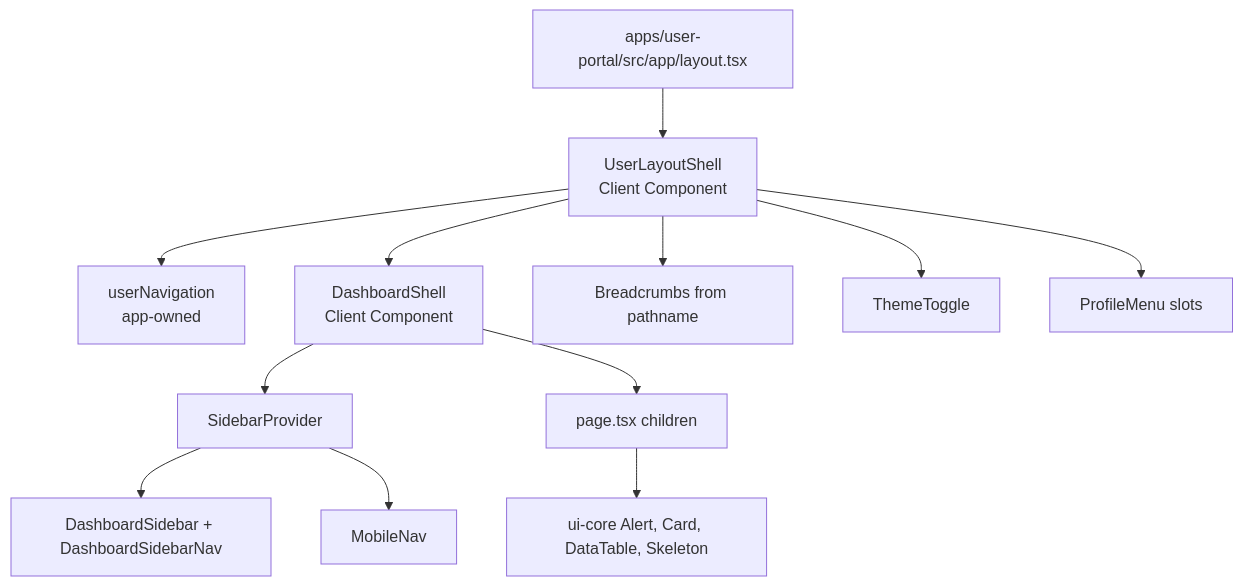
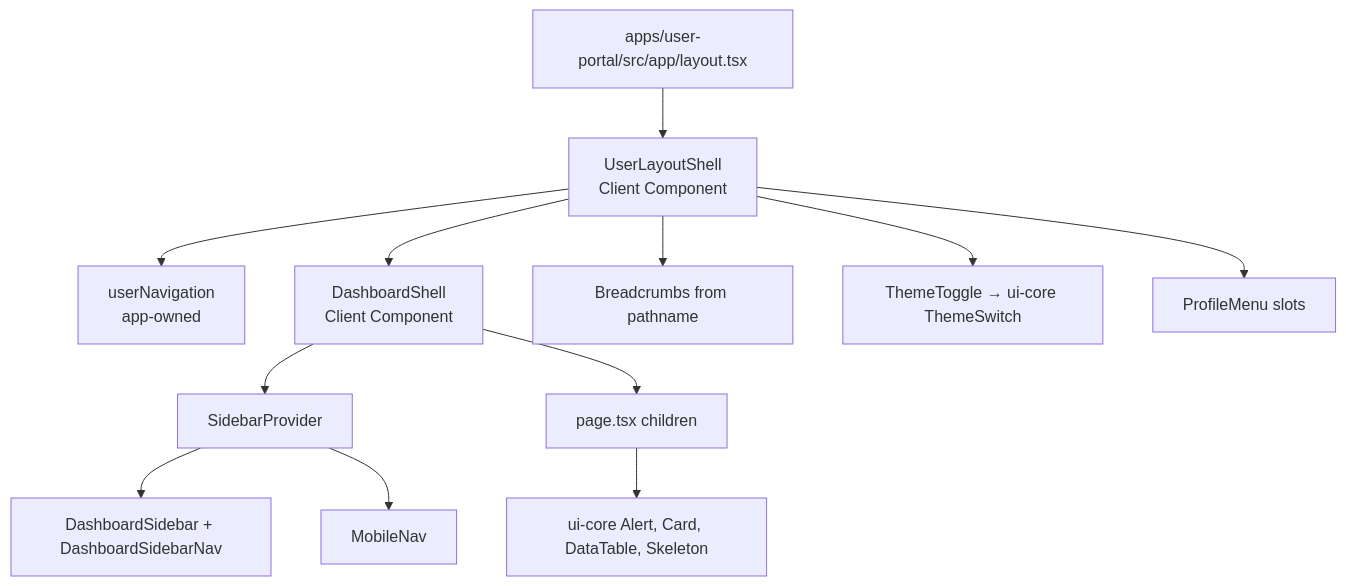
One commit to chukwuemekanweke/nextjs-project-template changed the diagram in docs/architecture/03-shared-dashboard-architecture.md. Above: the diagram before and after it, drawn with Mermaid. The commit also changed other lines of this file and 49 other files, not shown here.

````diff
--- a/docs/architecture/03-shared-dashboard-architecture.md
+++ b/docs/architecture/03-shared-dashboard-architecture.md
@@ -9,14 +9,14 @@
 ```mermaid
 flowchart TD
   layout[apps/user-portal/src/app/layout.tsx] --> shell[UserLayoutShell\nClient Component]
   shell --> nav[userNavigation\napp-owned]
   shell --> ds[DashboardShell\nClient Component]
   ds --> provider[SidebarProvider]
   provider --> sidebar[DashboardSidebar + DashboardSidebarNav]
   provider --> mobile[MobileNav]
   shell --> crumbs[Breadcrumbs from pathname]
-  shell --> theme[ThemeToggle]
+  shell --> theme[ThemeToggle → ui-core ThemeSwitch]
   shell --> profile[ProfileMenu slots]
   ds --> page[page.tsx children]
   page --> core[ui-core Alert, Card, DataTable, Skeleton]
 ```
````
